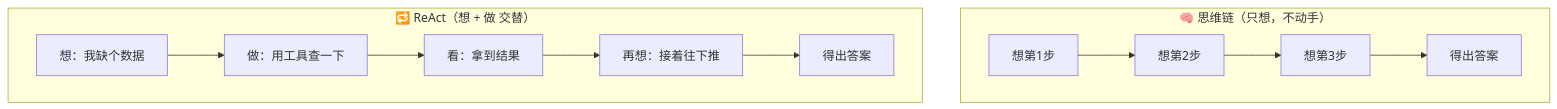
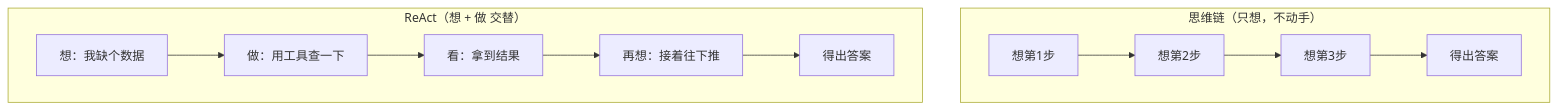
Before and after one commit to luckykhy/KhyAiHub: the third of 5 diagrams in docs/02_CONCEPTS_概念入门/CONCEPT/[CONCEPT-21] 什么是思维链-ChainOfThought.md, drawn with Mermaid. The commit also changed other lines of this file, not shown here.

````diff
--- a/docs/02_CONCEPTS_概念入门/CONCEPT/[CONCEPT-21] 什么是思维链-ChainOfThought.md
+++ b/docs/02_CONCEPTS_概念入门/CONCEPT/[CONCEPT-21] 什么是思维链-ChainOfThought.md
@@ -122,12 +122,12 @@
 ```mermaid
 flowchart TB
-  subgraph COT["🧠 思维链（只想，不动手）"]
+  subgraph COT["思维链（只想，不动手）"]
     C1["想第1步"] --> C2["想第2步"] --> C3["想第3步"] --> CANS["得出答案"]
   end
-  subgraph REACT["🔁 ReAct（想 + 做 交替）"]
+  subgraph REACT["ReAct（想 + 做 交替）"]
     R1["想：我缺个数据"] --> R2["做：用工具查一下"]
     R2 --> R3["看：拿到结果"]
     R3 --> R4["再想：接着往下推"]
     R4 --> RANS["得出答案"]
   end
 ```
````
